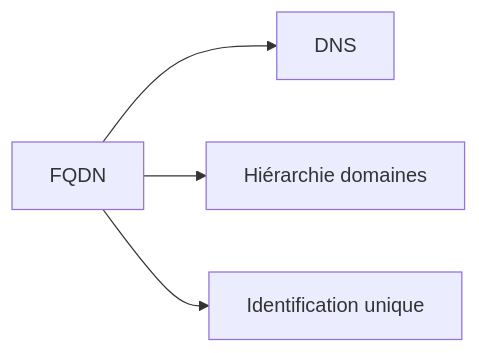
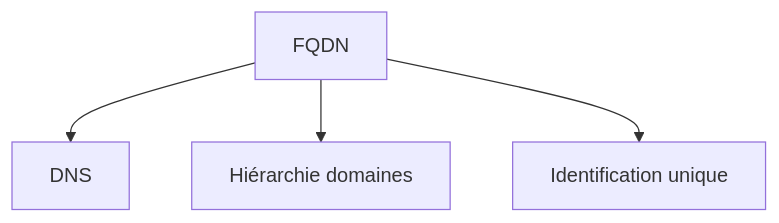
One commit to zyrass/omnydocs changed diagram 11 of 38 in docs/glossaire/administration-reseau.md. Above: the diagram before and after it, drawn with Mermaid. The commit also changed other lines of this file and 1780 other files, not shown here.

````diff
--- a/docs/glossaire/administration-reseau.md
+++ b/docs/glossaire/administration-reseau.md
@@ -237,6 +285,6 @@
-    ```mermaid
-    graph LR
-        A[FQDN] --> B[DNS]
-        A --> C[Hiérarchie domaines]
-        A --> D[Identification unique]
-    ```
+```mermaid
+graph TB
+    A[FQDN] --> B[DNS]
+    A --> C[Hiérarchie domaines]
+    A --> D[Identification unique]
+```
````
